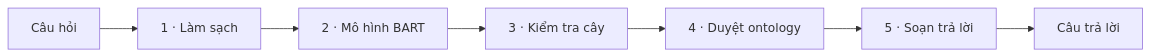
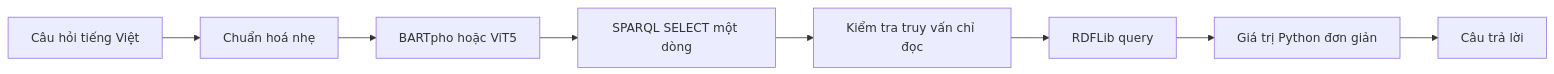
Before and after one commit to vpthinh19/ontology-chatbot: the diagram in docs/CONCEPT.md, drawn with Mermaid. The commit also changed other lines of this file and 7 other files, not shown here.

Commit message:
docs: define direct SPARQL architecture

````diff
--- a/docs/CONCEPT.md
+++ b/docs/CONCEPT.md
@@ -166,9 +24,10 @@
 ```mermaid
 flowchart LR
-    A["Câu hỏi"] --> B["1 · Làm sạch"]
-    B --> C["2 · Mô hình BART"]
-    C --> D["3 · Kiểm tra cây"]
-    D --> E["4 · Duyệt ontology"]
-    E --> F["5 · Soạn trả lời"]
-    F --> G["Câu trả lời"]
+    Q["Câu hỏi tiếng Việt"] --> N["Chuẩn hoá nhẹ"]
+    N --> M["BARTpho hoặc ViT5"]
+    M --> S["SPARQL SELECT một dòng"]
+    S --> V["Kiểm tra truy vấn chỉ đọc"]
+    V --> R["RDFLib query"]
+    R --> P["Giá trị Python đơn giản"]
+    P --> A["Câu trả lời"]
 ```
````
